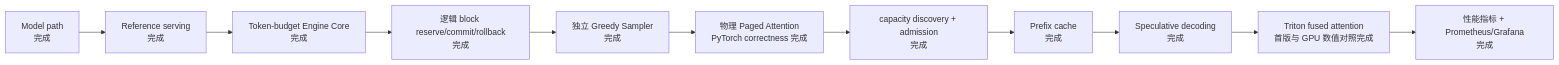
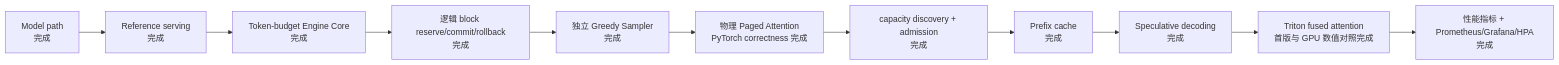
Before and after one commit to poorpaper/light-vllm: the third of 3 diagrams in docs/design.md, drawn with Mermaid. The commit also changed other lines of this file and 8 other files, not shown here.

````diff
--- a/docs/design.md
+++ b/docs/design.md
@@ -310,13 +311,13 @@
 ```mermaid
 flowchart LR
     Model["Model path<br/>完成"] --> Serving["Reference serving<br/>完成"]
     Serving --> Core["Token-budget Engine Core<br/>完成"]
     Core --> Logical["逻辑 block reserve/commit/rollback<br/>完成"]
     Logical --> Sampling["独立 Greedy Sampler<br/>完成"]
     Sampling --> Paged["物理 Paged Attention<br/>PyTorch correctness 完成"]
     Paged --> Capacity["capacity discovery + admission<br/>完成"]
     Capacity --> Prefix["Prefix cache<br/>完成"]
     Prefix --> Spec["Speculative decoding<br/>完成"]
     Spec --> Kernel["Triton fused attention<br/>首版与 GPU 数值对照完成"]
-    Kernel --> Metrics["性能指标 + Prometheus/Grafana<br/>完成"]
+    Kernel --> Metrics["性能指标 + Prometheus/Grafana/HPA<br/>完成"]
 ```
````
